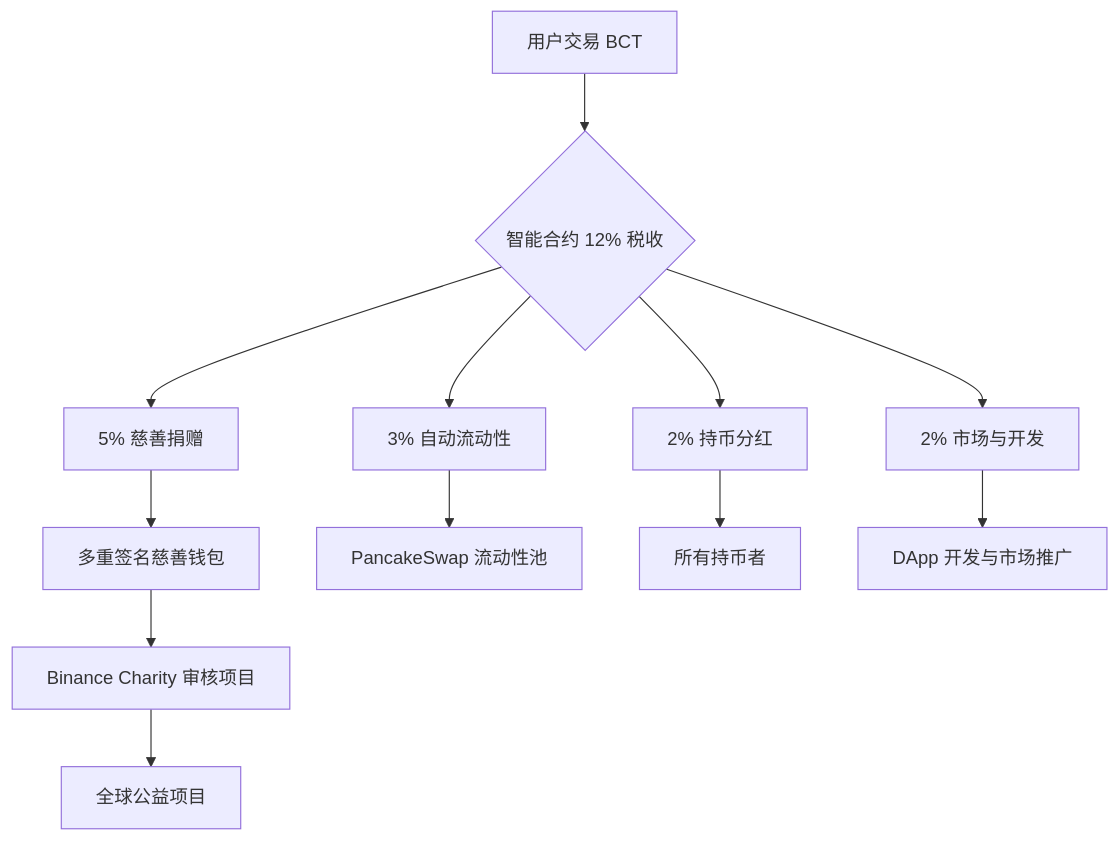
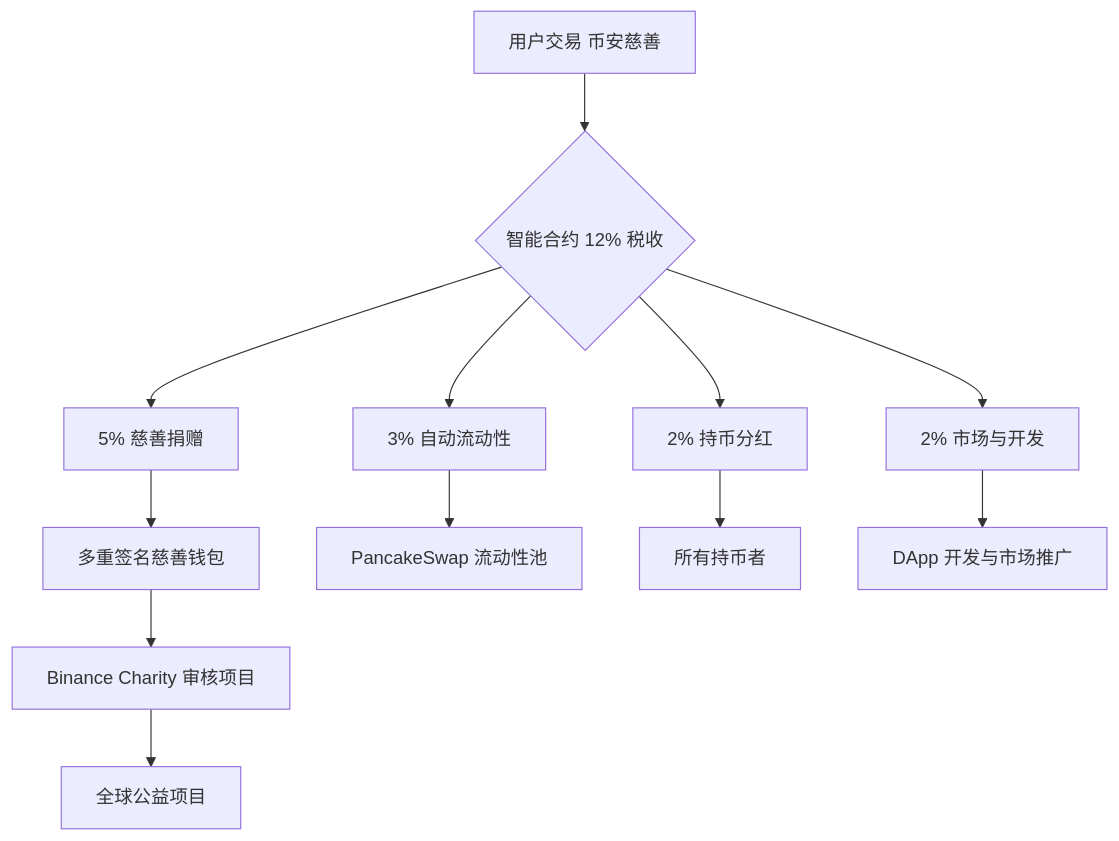
Before and after one commit to dqwdqwd3/12312: the first of 2 diagrams in README.md, drawn with Mermaid. The commit also changed other lines of this file, not shown here.

First line of the commit message:
将 README.md 中所有 BCT 替换为币安慈善

````diff
--- a/README.md
+++ b/README.md
@@ -127,15 +127,15 @@
 ```mermaid
 graph TB
-    A[用户交易 BCT]
+    A[用户交易 币安慈善]
     --> B{智能合约 12% 税收};
     B --> C[5% 慈善捐赠];
     B --> D[3% 自动流动性];
     B --> E[2% 持币分红];
     B --> F[2% 市场与开发];
     C --> G[多重签名慈善钱包];
     G --> H[Binance Charity 审核项目];
     H --> I[全球公益项目];
     D --> J[PancakeSwap 流动性池];
     E --> K[所有持币者];
     F --> L[DApp 开发与市场推广];
 ```
````
